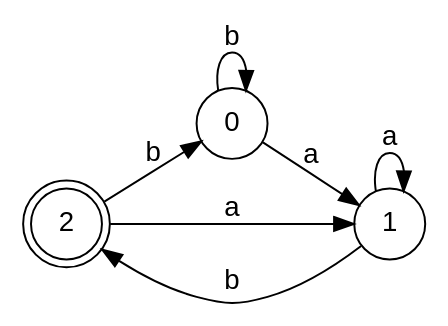
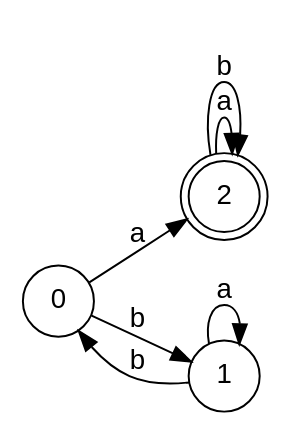
One commit to MishkaSimakov/FiniteAutomata changed the diagram in files/drawing.dot. Above: the diagram before and after it, drawn with Graphviz. The commit also changed other lines of this file and 9 other files, not shown here.

```diff
--- a/files/drawing.dot
+++ b/files/drawing.dot
@@ -1,14 +1,14 @@
 digraph finite_state_machine {
 fontname="Helvetica,Arial,sans-serif"
 node [fontname="Helvetica,Arial,sans-serif"]
 edge [fontname="Helvetica,Arial,sans-serif"]
 rankdir=LR;
 node [shape = doublecircle]; 2;
 node [shape = circle];
-0 -> 1 [label = "a"];
-0 -> 0 [label = "b"];
+0 -> 2 [label = "a"];
+0 -> 1 [label = "b"];
 1 -> 1 [label = "a"];
-1 -> 2 [label = "b"];
-2 -> 1 [label = "a"];
-2 -> 0 [label = "b"];
+1 -> 0 [label = "b"];
+2 -> 2 [label = "a"];
+2 -> 2 [label = "b"];
 }
```
